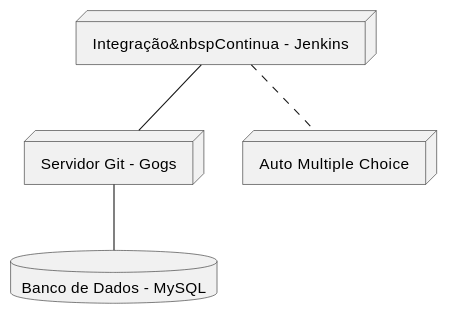
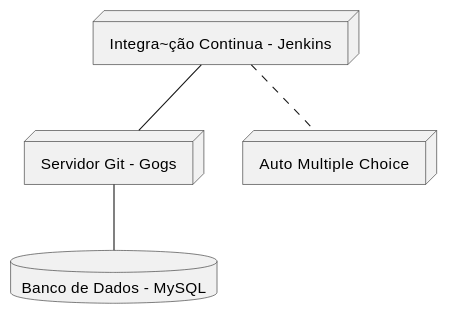
Before and after one commit to IFBAEunapolis/simulados: the diagram in INDEX.md, drawn with PlantUML. The commit also changed other lines of this file, not shown here.

```diff
--- a/INDEX.md
+++ b/INDEX.md
@@ -3,12 +3,12 @@
 {% plantuml %}
 @startuml
-node "Integração&nbspContinua - Jenkins" as jenkins
+node "Integra~ção Continua - Jenkins" as jenkins
 node "Servidor Git - Gogs" as gogs
 database "Banco de Dados  - MySQL" as mysql
 node "Auto Multiple Choice" as amc
 jenkins -- gogs
 gogs -- mysql
 jenkins .. amc
 
 @enduml
 {% endplantuml %}
```
